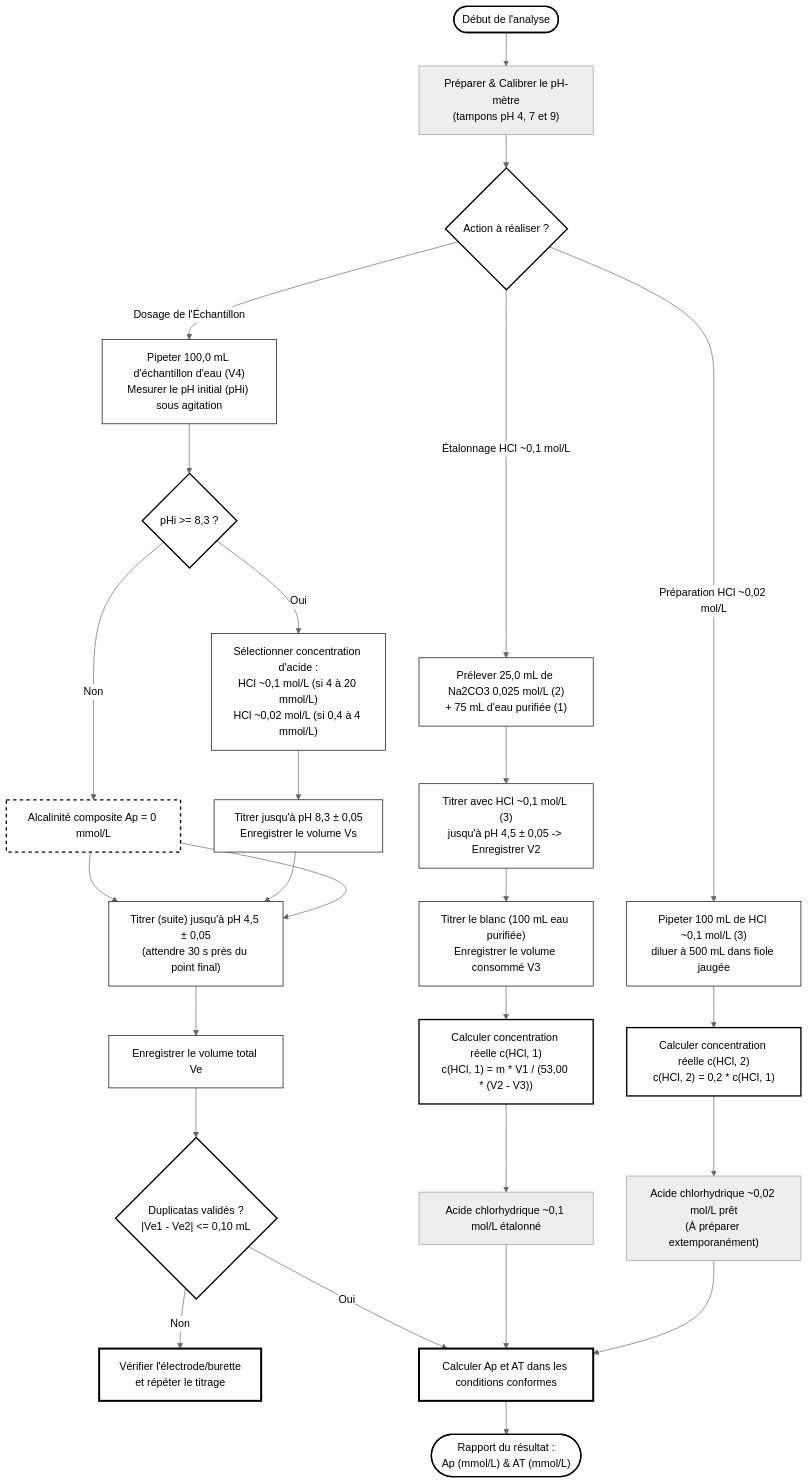
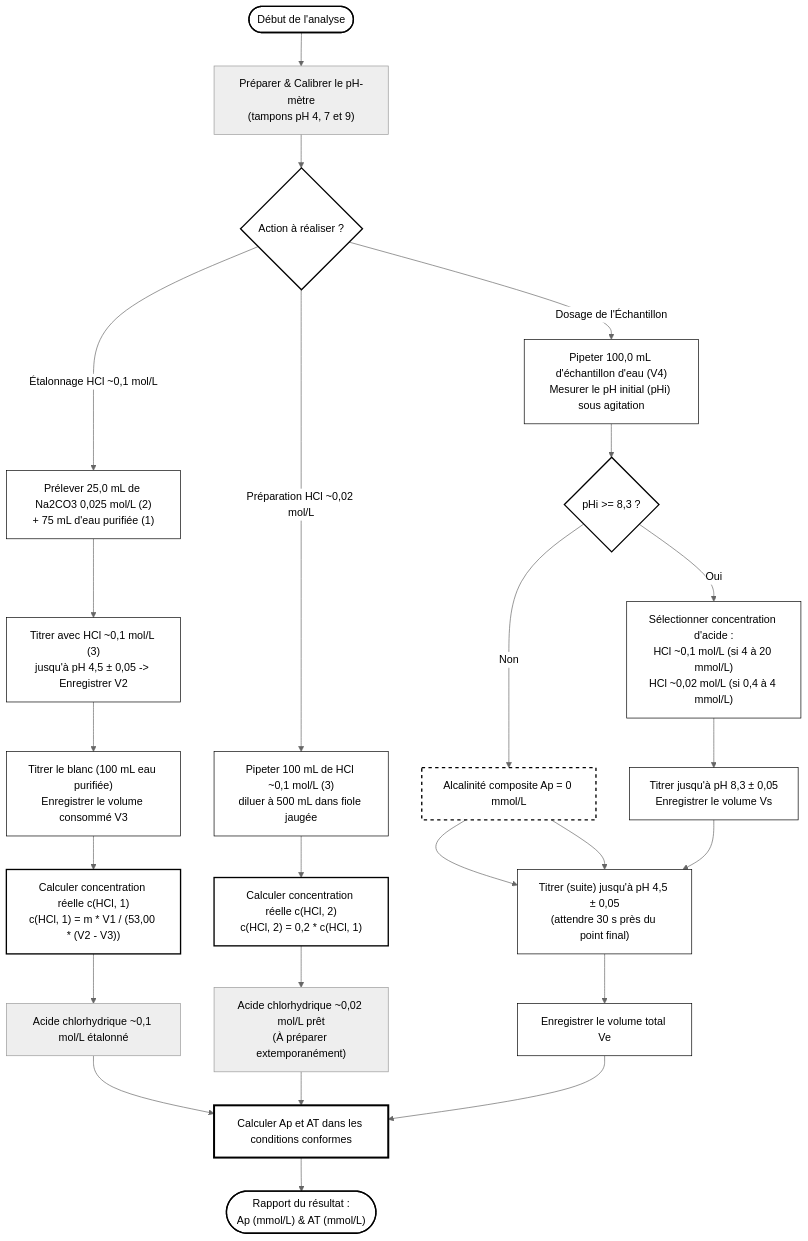
Before and after one commit to Abdssamie/Internship-PFA: the diagram in 03_Determination_de_Lalcalinite/protocole/flowchart_alcalinite_totale_composite_potentiometrique.md, drawn with Mermaid (neutral theme). The commit also changed 10 other files, not shown here.

````diff
--- a/03_Determination_de_Lalcalinite/protocole/flowchart_alcalinite_totale_composite_potentiometrique.md
+++ b/03_Determination_de_Lalcalinite/protocole/flowchart_alcalinite_totale_composite_potentiometrique.md
@@ -5,67 +5,63 @@
 ```mermaid
 graph TD
     %% Début de l'analyse
     Start(["Début de l'analyse"]) --> Prep["Préparer & Calibrer le pH-mètre<br>(tampons pH 4, 7 et 9)"]
     Prep --> Dispatch{"Action à réaliser ?"}
 
     %% --- ETAPE 1 : ETALONNAGE ACIDE (HEBDOMADAIRE) ---
     Dispatch -->|"Étalonnage HCl ~0,1 mol/L"| E1["Prélever 25,0 mL de Na2CO3 0,025 mol/L (2)<br>+ 75 mL d'eau purifiée (1)"]
     E1 --> E2["Titrer avec HCl ~0,1 mol/L (3)<br>jusqu'à pH 4,5 ± 0,05 -> Enregistrer V2"]
     E2 --> E3["Titrer le blanc (100 mL eau purifiée)<br>Enregistrer le volume consommé V3"]
     E3 --> E4["Calculer concentration réelle c(HCl, 1)<br>c(HCl, 1) = m * V1 / (53,00 * (V2 - V3))"]
     E4 --> E_End["Acide chlorhydrique ~0,1 mol/L étalonné"]
 
     %% --- ETAPE 2 : PREPARATION ACIDE FAIBLE ---
     Dispatch -->|"Préparation HCl ~0,02 mol/L"| P1["Pipeter 100 mL de HCl ~0,1 mol/L (3)<br>diluer à 500 mL dans fiole jaugée"]
     P1 --> P2["Calculer concentration réelle c(HCl, 2)<br>c(HCl, 2) = 0,2 * c(HCl, 1)"]
     P2 --> P_End["Acide chlorhydrique ~0,02 mol/L prêt<br>(À préparer extemporanément)"]
 
     %% --- ETAPE 3 : ANALYSE ÉCHANTILLON ---
     Dispatch -->|"Dosage de l'Échantillon"| S1["Pipeter 100,0 mL d'échantillon d'eau (V4)<br>Mesurer le pH initial (pHi) sous agitation"]
     S1 --> S2{"pHi >= 8,3 ?"}
 
     %% Branche pHi < 8,3 (Pas d'alcalinité composite)
     S2 -->|Non| S_Ap_Zero["Alcalinité composite Ap = 0 mmol/L"]
     S_Ap_Zero --> S_Tit_AT
 
     %% Branche pHi >= 8,3 (Alcalinité composite présente)
     S2 -->|Oui| S_Select["Sélectionner concentration d'acide :<br>HCl ~0,1 mol/L (si 4 à 20 mmol/L)<br>HCl ~0,02 mol/L (si 0,4 à 4 mmol/L)"]
     S_Select --> S_Tit_Ap["Titrer jusqu'à pH 8,3 ± 0,05<br>Enregistrer le volume Vs"]
     S_Tit_Ap --> S_Tit_AT["Titrer (suite) jusqu'à pH 4,5 ± 0,05<br>(attendre 30 s près du point final)"]
 
     %% Enregistrement et Validation
     S_Ap_Zero --> S_Tit_AT
     S_Tit_AT --> S_Rec_Ve["Enregistrer le volume total Ve"]
-    S_Rec_Ve --> QC{"Duplicatas validés ?<br>|Ve1 - Ve2| <= 0,10 mL"}
-    QC -->|Non| QC_Fail["Vérifier l'électrode/burette<br>et répéter le titrage"]
-    QC -->|Oui| Calc["Calculer Ap et AT dans les conditions conformes"]
+    S_Rec_Ve --> Calc["Calculer Ap et AT dans les conditions conformes"]
 
     %% Consolidation finale
     E_End --> Calc
     P_End --> Calc
     Calc --> Final(["Rapport du résultat :<br>Ap (mmol/L) & AT (mmol/L)"])
 
     %% Styles pour design monochrome
     style Start fill:#fff,stroke:#000,stroke-width:2px;
     style Final fill:#fff,stroke:#000,stroke-width:2px;
     style Dispatch fill:#fff,stroke:#000,stroke-width:2px;
     style S2 fill:#fff,stroke:#000,stroke-width:2px;
-    style QC fill:#fff,stroke:#000,stroke-width:2px;
-    style QC_Fail fill:#fff,stroke:#000,stroke-width:3px;
     
     style E1 fill:#fff,stroke:#000,stroke-width:1px;
     style E2 fill:#fff,stroke:#000,stroke-width:1px;
     style E3 fill:#fff,stroke:#000,stroke-width:1px;
     style E4 fill:#fff,stroke:#000,stroke-width:2px;
     
     style P1 fill:#fff,stroke:#000,stroke-width:1px;
     style P2 fill:#fff,stroke:#000,stroke-width:2px;
     
     style S1 fill:#fff,stroke:#000,stroke-width:1px;
     style S_Ap_Zero fill:#fff,stroke:#000,stroke-width:2px,stroke-dasharray: 5 5;
     style S_Select fill:#fff,stroke:#000,stroke-width:1px;
     style S_Tit_Ap fill:#fff,stroke:#000,stroke-width:1px;
     style S_Tit_AT fill:#fff,stroke:#000,stroke-width:1px;
     style S_Rec_Ve fill:#fff,stroke:#000,stroke-width:1px;
     style Calc fill:#fff,stroke:#000,stroke-width:3px;
 ```
````
